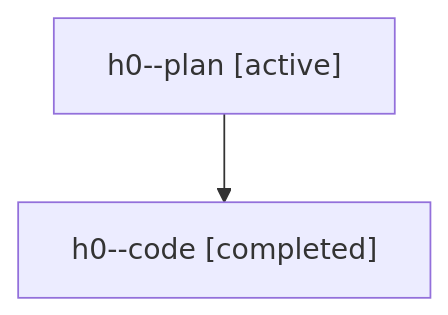
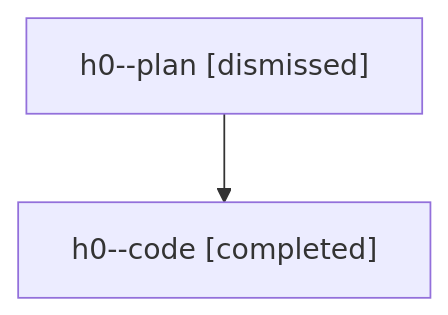
The diagram in sessions/bbugyi200.athena.h0.md (sase-org/sase--agents), drawn with Mermaid before and after one commit. The commit also changed other lines of this file and 24 other files, not shown here.

````diff
--- a/sessions/bbugyi200.athena.h0.md
+++ b/sessions/bbugyi200.athena.h0.md
@@ -9,6 +9,6 @@
 ```mermaid
 flowchart TD
-  n0["h0--plan [active]"]
+  n0["h0--plan [dismissed]"]
   n1["h0--code [completed]"]
   n0 --> n1
 ```
````
